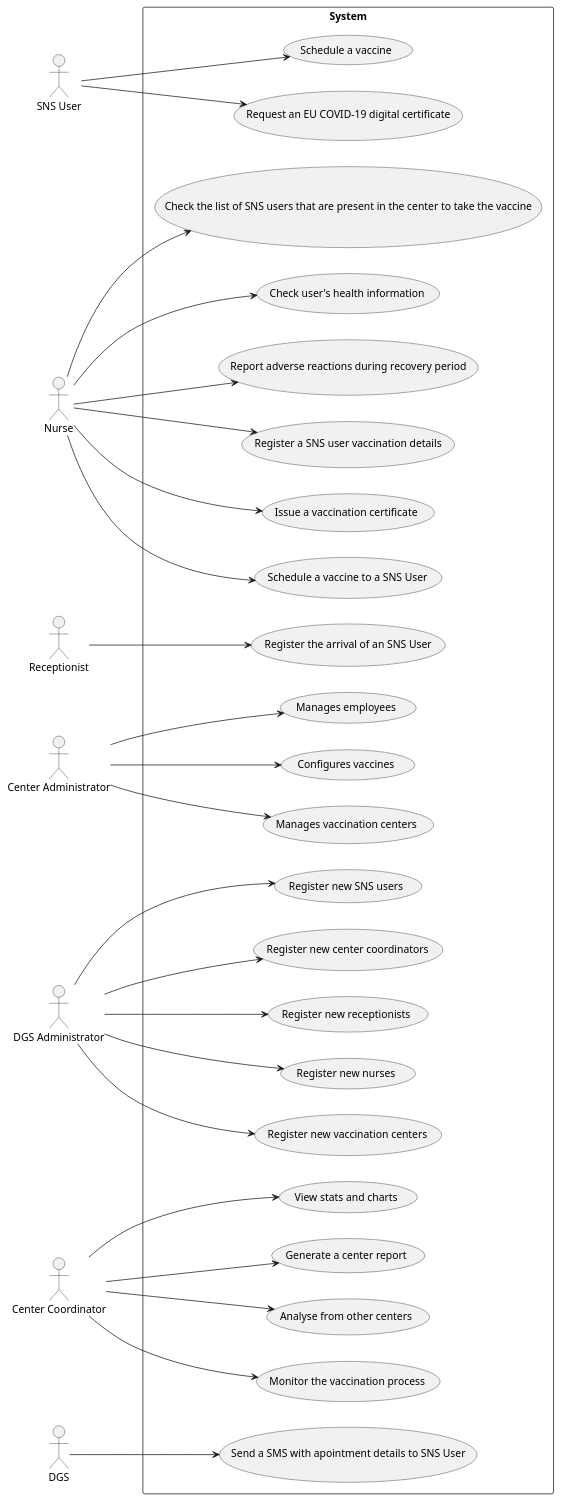
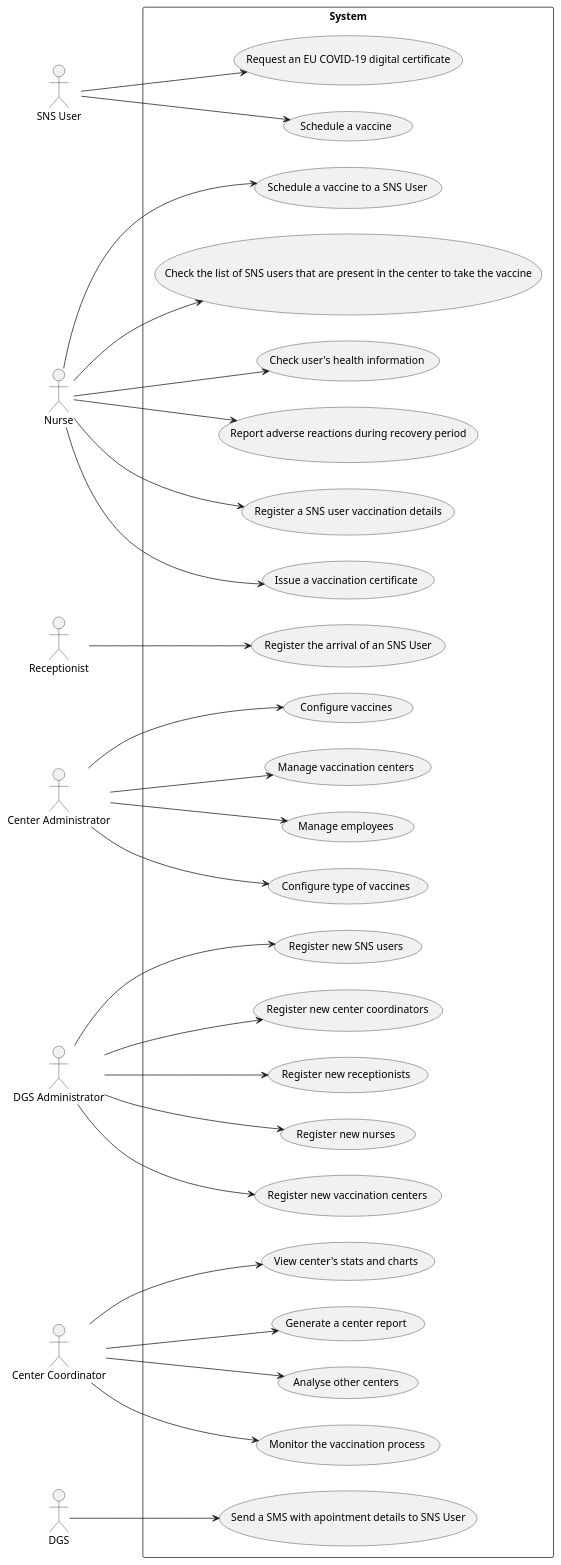
One commit to miseEnPlace-i/lapr2 changed the diagram in docs/SprintA/UCD.puml. Above: the diagram before and after it, drawn with PlantUML.

Commit message:
fix(ucd): language & added manage type of vaccines to center admin

```diff
--- a/docs/SprintA/UCD.puml
+++ b/docs/SprintA/UCD.puml
@@ -1,62 +1,64 @@
 @startuml UCD
 
 left to right direction
 
 actor "SNS User" as user
 actor "Nurse" as nurse
 actor "Receptionist" as recept
 actor "Center Administrator" as cadmin
 actor "DGS Administrator" as dgsadmin
 actor "Center Coordinator" as coordinator
 actor "DGS" as dgs
 
 rectangle System {
   usecase "Schedule a vaccine" as UC01
   usecase "Request an EU COVID-19 digital certificate" as UC02
   usecase "Send a SMS with apointment details to SNS User" as UC03
   usecase "Issue a vaccination certificate" as UC04
   usecase "Schedule a vaccine to a SNS User" as UC05
   usecase "Check the list of SNS users that are present in the center to take the vaccine" as UC06
   usecase "Check user's health information" as UC07
   usecase "Report adverse reactions during recovery period" as UC08
   usecase "Register a SNS user vaccination details" as UC09
   usecase "Register the arrival of an SNS User" as UC10
   usecase "Register new vaccination centers" as UC11
   usecase "Register new SNS users" as UC12
   usecase "Register new center coordinators" as UC13
   usecase "Register new receptionists" as UC14
   usecase "Register new nurses" as UC15
   usecase "Monitor the vaccination process" as UC16
-  usecase "View stats and charts" as UC17
+  usecase "View center's stats and charts" as UC17
   usecase "Generate a center report" as UC18
-  usecase "Analyse from other centers" as UC19
-  usecase "Configures vaccines" as UC20
-  usecase "Manages vaccination centers" as UC21
-  usecase "Manages employees" as UC22
+  usecase "Analyse other centers" as UC19
+  usecase "Configure type of vaccines" as UC20
+  usecase "Configure vaccines" as UC21
+  usecase "Manage vaccination centers" as UC22
+  usecase "Manage employees" as UC23
 }
 
 user --> UC01
 user --> UC02
 dgs --> UC03
 nurse --> UC04
 nurse --> UC05
 nurse --> UC06
 nurse --> UC07
 nurse --> UC08
 nurse --> UC09
 recept --> UC10
 dgsadmin --> UC11
 dgsadmin --> UC12
 dgsadmin --> UC13
 dgsadmin --> UC14
 dgsadmin --> UC15
 coordinator --> UC16
 coordinator --> UC17
 coordinator --> UC18
 coordinator --> UC19
 cadmin --> UC20
 cadmin --> UC21
 cadmin --> UC22
+cadmin --> UC23
 
 
 @enduml
```
